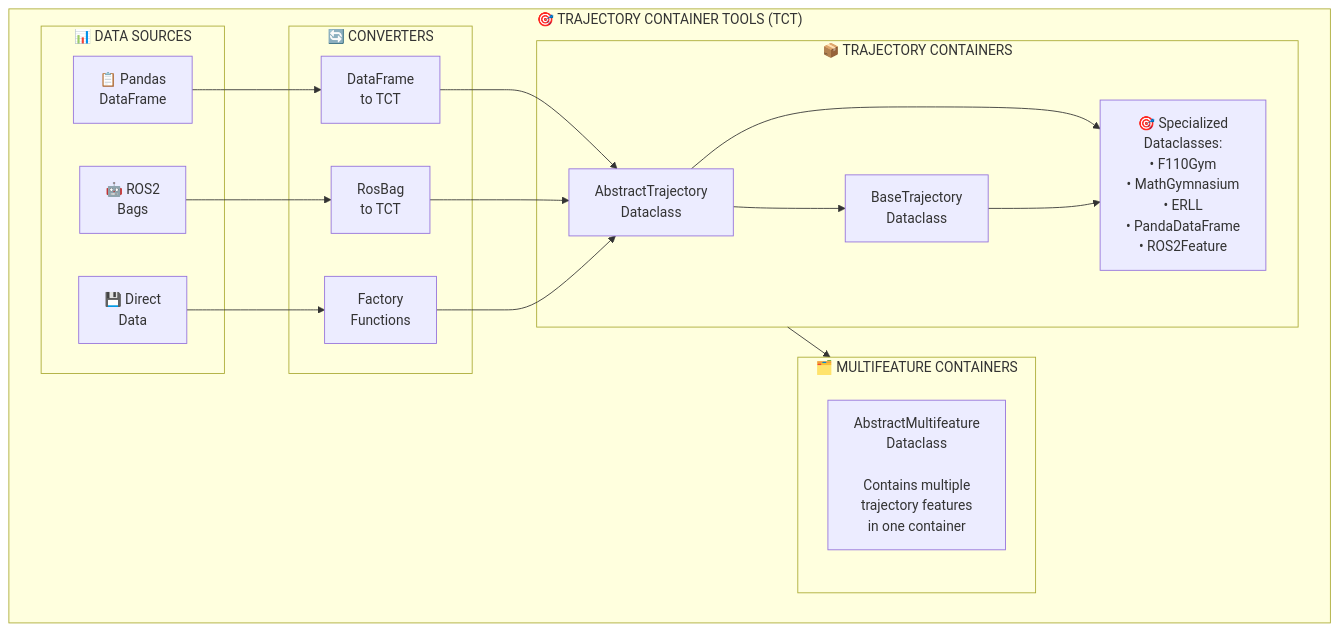
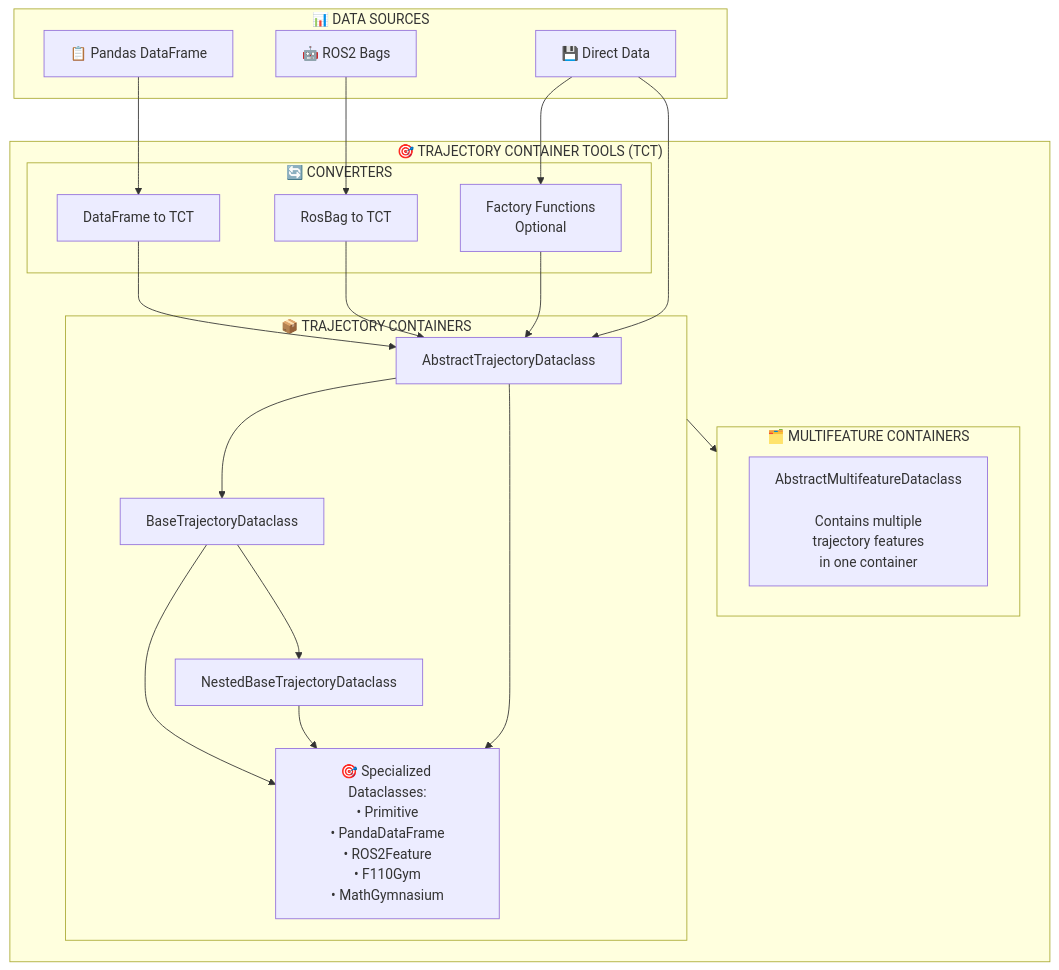
The diagram in documentation/README.md (norlab-ulaval/trajectory-container-tools), drawn with Mermaid before and after one commit. The commit also changed 1 other file, not shown here.

Commit message:
feat: update mermaid diagrams and improve README architecture section
- Updated mermaid diagrams in `README.md` to reflect the refined structure of
  trajectory containers, converters, and their relationships.
- Adjusted section content and improved formatting to enhance clarity and
  alignment with the evolving architecture.

Issue TCT-33

````diff
--- a/documentation/README.md
+++ b/documentation/README.md
@@ -29,43 +29,47 @@
 ```mermaid
 graph TB
+    subgraph DS["📊 DATA SOURCES"]
+        DF[📋 Pandas DataFrame]
+        ROS[🤖 ROS2 Bags]
+        DD[💾 Direct Data]
+    end
+    
     subgraph TCT["🎯 TRAJECTORY CONTAINER TOOLS (TCT)"]
-        subgraph DS["📊 DATA SOURCES"]
-            DF[📋 Pandas<br/>DataFrame]
-            ROS[🤖 ROS2<br/>Bags]
-            DD[💾 Direct<br/>Data]
+        
+        subgraph MFC["🗂️ MULTIFEATURE CONTAINERS"]
+            AMC[AbstractMultifeatureDataclass<br/><br/>Contains multiple<br/>trajectory features<br/>in one container]
+        end
+        
+        subgraph TC["📦 TRAJECTORY CONTAINERS"]
+            ATC[AbstractTrajectoryDataclass]
+            BTC[BaseTrajectoryDataclass]
+            NBTC[NestedBaseTrajectoryDataclass]
+            SC[🎯 Specialized Dataclasses:<br/>• Primitive<br/>• PandaDataFrame<br/>• ROS2Feature<br/>• F110Gym<br/>• MathGymnasium<br/>]
         end
         
         subgraph CONV["🔄 CONVERTERS"]
-            DFC[DataFrame<br/>to TCT]
-            RC[RosBag<br/>to TCT]
-            FF[Factory<br/>Functions]
-        end
-        
-        subgraph MFC["🗂️ MULTIFEATURE CONTAINERS"]
-            AMC[AbstractMultifeature<br/>Dataclass<br/><br/>Contains multiple<br/>trajectory features<br/>in one container]
-        end
-        
-        subgraph TC["📦 TRAJECTORY CONTAINERS"]
-            ATC[AbstractTrajectory<br/>Dataclass]
-            BTC[BaseTrajectory<br/>Dataclass]
-            SC[🎯 Specialized<br/>Dataclasses:<br/>• F110Gym<br/>• MathGymnasium<br/>• ERLL<br/>• PandaDataFrame<br/>• ROS2Feature]
+            DFC[DataFrame to TCT]
+            RC[RosBag to TCT]
+            FF[Factory Functions<br/>Optional]
         end
         
     end
     
     %% Data flow connections
+    TC --> MFC 
+        
     DF --> DFC
     ROS --> RC
     DD --> FF
+    DD --> ATC
     
     DFC --> ATC
     RC --> ATC
     FF --> ATC
     
-    ATC --> BTC
+    ATC --> BTC --> SC
+    BTC --> NBTC --> SC 
     ATC --> SC
-    BTC --> SC
     
-    TC --> MFC
     
 ```
````
